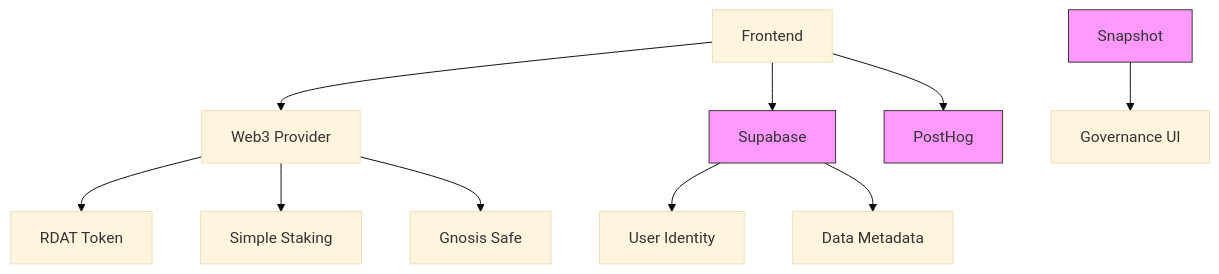
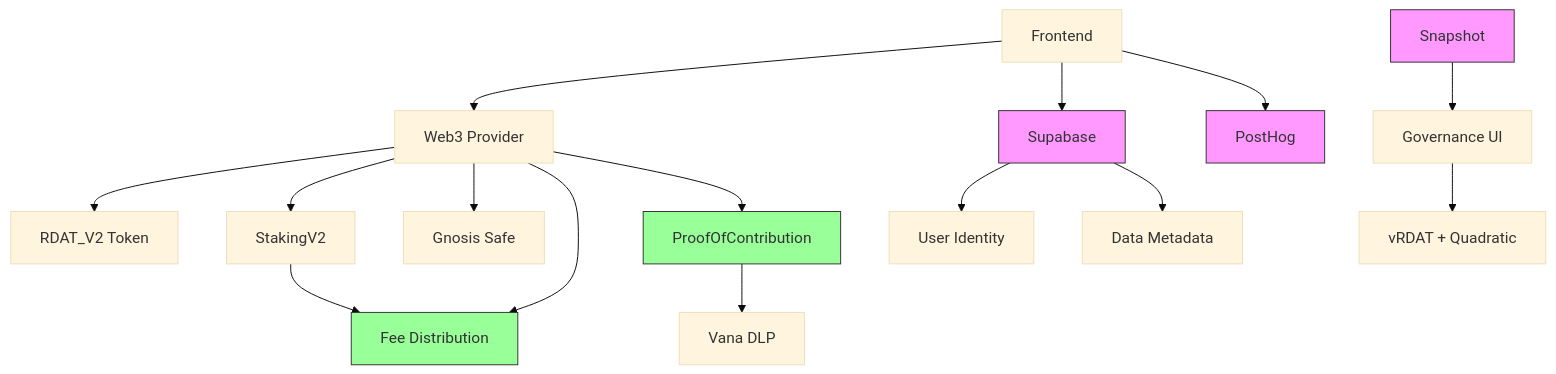
The first of 2 diagrams in RECOMMENDATIONS.md (rdatadao-v2/rdatadao-contracts), drawn with Mermaid (base theme) before and after one commit. The commit also changed other lines of this file, not shown here.

````diff
--- a/RECOMMENDATIONS.md
+++ b/RECOMMENDATIONS.md
@@ -461,19 +609,27 @@
 ```mermaid
 graph TD
     A[Frontend] --> B[Web3 Provider]
     A --> C[Supabase]
     A --> D[PostHog]
     
-    B --> E[RDAT Token]
-    B --> F[Simple Staking]
+    B --> E[RDAT_V2 Token]
+    B --> F[StakingV2]
     B --> G[Gnosis Safe]
+    B --> N[RevenueCollector]
+    B --> O[ProofOfContribution]
     
     C --> H[User Identity]
     C --> I[Data Metadata]
     
     J[Snapshot] --> K[Governance UI]
+    K --> L[vRDAT + Quadratic]
+    
+    F --> N[Fee Distribution]
+    O --> P[Vana DLP]
     
     style C fill:#f9f,stroke:#333
     style J fill:#f9f,stroke:#333
     style D fill:#f9f,stroke:#333
+    style N fill:#9f9,stroke:#333
+    style O fill:#9f9,stroke:#333
 ```
````
